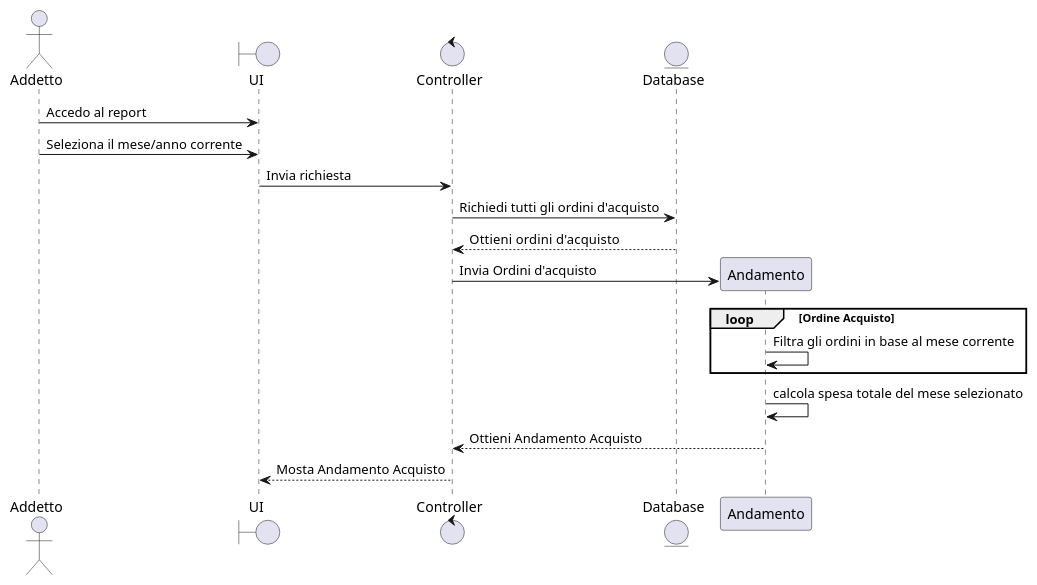
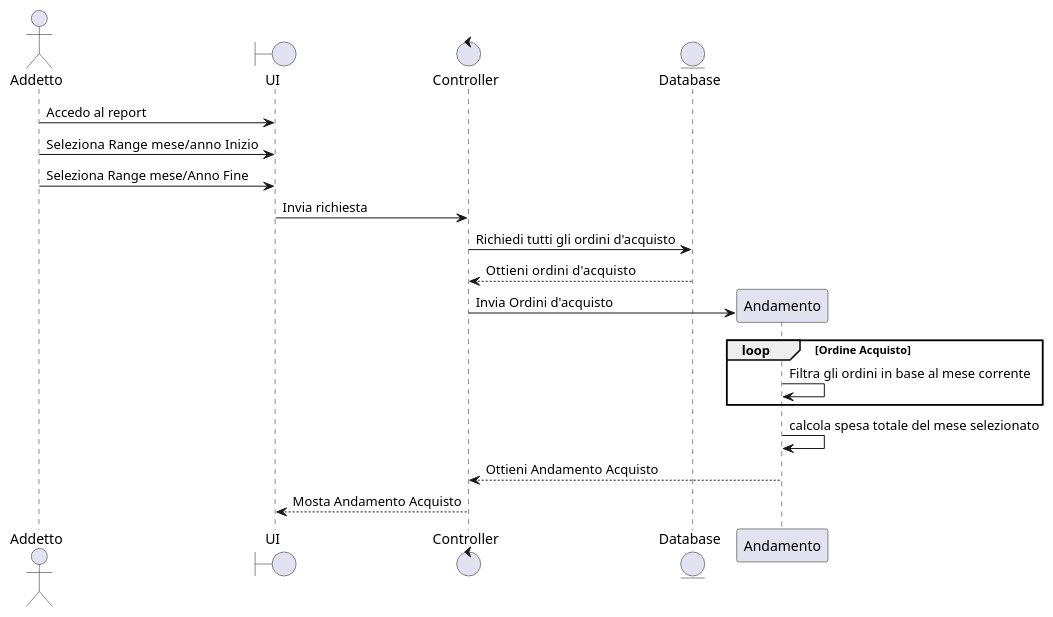
One commit to misunderstoodgenius95/pharmadistributor changed the diagram in src/main/java/Plantuml/report/AndamAcquistoMeseseq.puml. Above: the diagram before and after it, drawn with PlantUML. The commit also changed 432 other files, not shown here.

```diff
--- a/src/main/java/Plantuml/report/AndamAcquistoMeseseq.puml
+++ b/src/main/java/Plantuml/report/AndamAcquistoMeseseq.puml
@@ -1,21 +1,22 @@
 @startuml
 'https://plantuml.com/activity-diagram-beta
 actor Addetto as A
 boundary UI as UI
 control Controller as C
 entity Database as D
 A->UI:Accedo al report
-A->UI: Seleziona il mese/anno corrente
+A->UI: Seleziona  Range mese/anno Inizio
+A->UI:Seleziona Range mese/Anno Fine
 UI->C:Invia richiesta
 C->D:Richiedi tutti gli ordini d'acquisto
 D-->C:Ottieni ordini  d'acquisto
 create Andamento as P
 
 C->P:Invia Ordini d'acquisto
 loop Ordine Acquisto
 P->P:Filtra gli ordini in base al mese corrente
 end loop
 P->P:calcola spesa totale del mese selezionato
 P-->C:Ottieni Andamento Acquisto
 C-->UI:Mosta Andamento Acquisto
 @enduml
```
